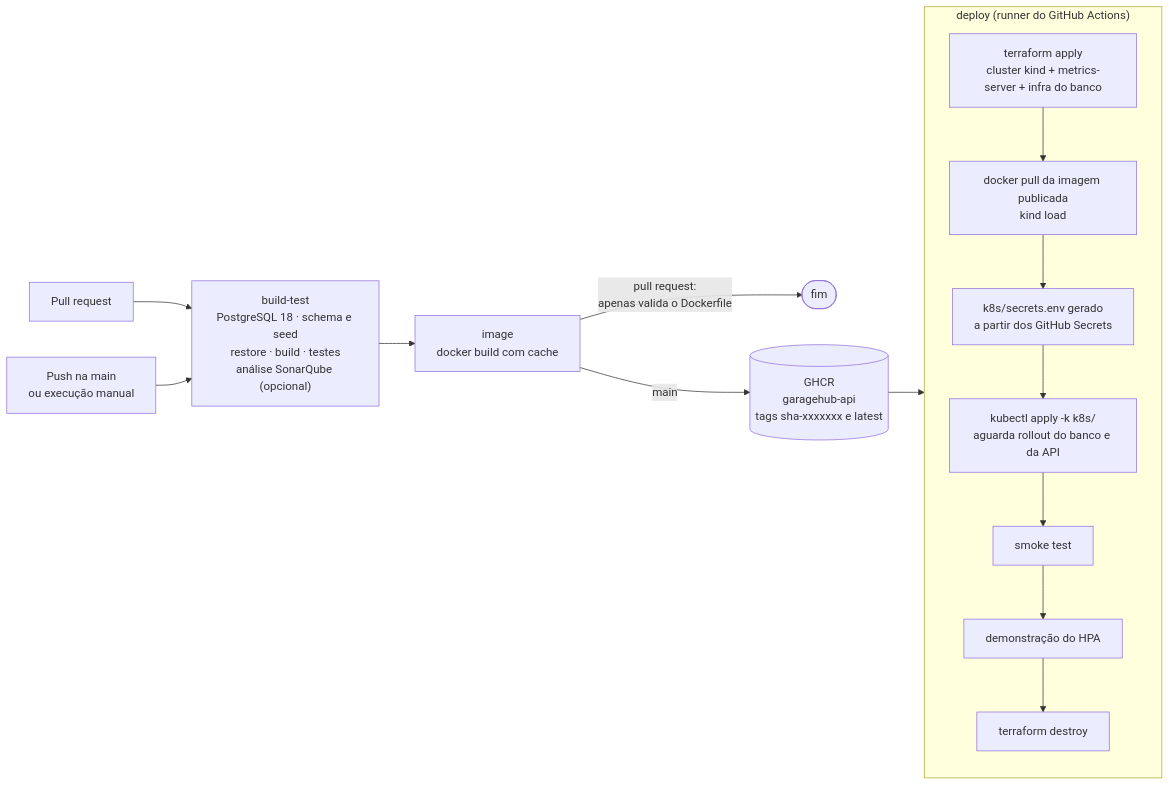
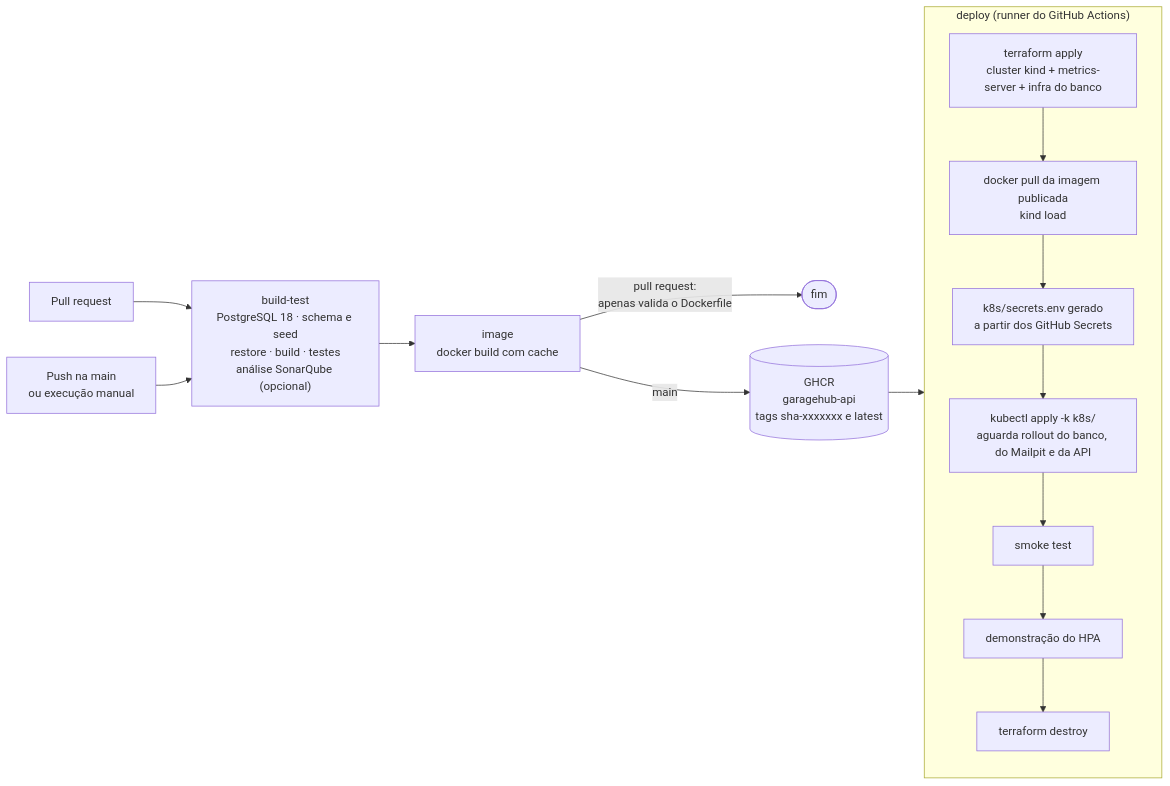
Before and after one commit to beatavernaro/GarageHub: the third of 3 diagrams in README.md, drawn with Mermaid. The commit also changed other lines of this file and 1 other file, not shown here.

````diff
--- a/README.md
+++ b/README.md
@@ -1803,25 +1833,25 @@
 ```mermaid
 flowchart LR
     pr["Pull request"] --> bt
     push["Push na main<br/>ou execução manual"] --> bt
 
     bt["build-test<br/>PostgreSQL 18 · schema e seed<br/>restore · build · testes<br/>análise SonarQube (opcional)"]
     bt --> img["image<br/>docker build com cache"]
 
     img -- "pull request:<br/>apenas valida o Dockerfile" --> fim(["fim"])
     img -- "main" --> ghcr[("GHCR<br/>garagehub-api<br/>tags sha-xxxxxxx e latest")]
 
     ghcr --> dep
 
     subgraph dep["deploy (runner do GitHub Actions)"]
         direction TB
         tf["terraform apply<br/>cluster kind + metrics-server + infra do banco"]
         load["docker pull da imagem publicada<br/>kind load"]
         secrets["k8s/secrets.env gerado<br/>a partir dos GitHub Secrets"]
-        apply["kubectl apply -k k8s/<br/>aguarda rollout do banco e da API"]
+        apply["kubectl apply -k k8s/<br/>aguarda rollout do banco, do Mailpit e da API"]
         smoke["smoke test"]
         hpa["demonstração do HPA"]
         destroy["terraform destroy"]
         tf --> load --> secrets --> apply --> smoke --> hpa --> destroy
     end
 ```
````
